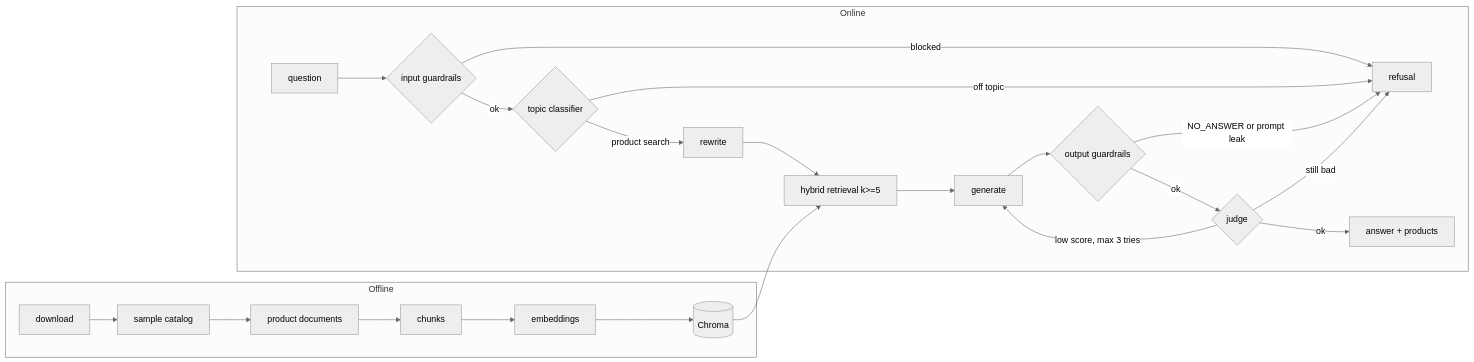
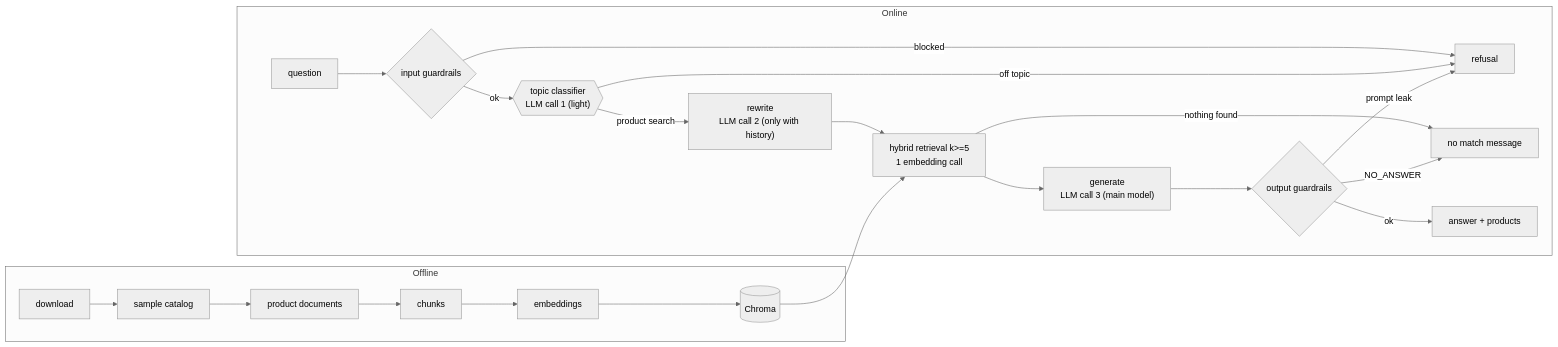
Before and after one commit to fsystemweb/rag-ecommerce: the diagram in docs/architecture.md, drawn with Mermaid (neutral theme). The commit also changed other lines of this file and 23 other files, not shown here.

First line of the commit message:
Remove LLM rerank and grounding judge (#34)

````diff
--- a/docs/architecture.md
+++ b/docs/architecture.md
@@ -3,19 +3,18 @@
 ```mermaid
 flowchart LR
   subgraph Offline
     A[download] --> B[sample catalog] --> C[product documents] --> D[chunks] --> E[embeddings] --> F[(Chroma)]
   end
   subgraph Online
     Q[question] --> IG{input guardrails}
     IG -- blocked --> REF[refusal]
-    IG -- ok --> TC{topic classifier}
+    IG -- ok --> TC{{"topic classifier<br/>LLM call 1 (light)"}}
     TC -- off topic --> REF
-    TC -- product search --> R[rewrite] --> H[hybrid retrieval k>=5] --> G[generate] --> OG{output guardrails}
-    OG -- NO_ANSWER or prompt leak --> REF
-    OG -- ok --> J{judge}
-    J -- ok --> ANS[answer + products]
-    J -- low score, max 3 tries --> G
-    J -- still bad --> REF
+    TC -- product search --> R["rewrite<br/>LLM call 2 (only with history)"] --> H["hybrid retrieval k>=5<br/>1 embedding call"] --> G["generate<br/>LLM call 3 (main model)"] --> OG{output guardrails}
+    H -- nothing found --> NM[no match message]
+    OG -- NO_ANSWER --> NM
+    OG -- prompt leak --> REF
+    OG -- ok --> ANS[answer + products]
   end
   F --> H
 ```
````
